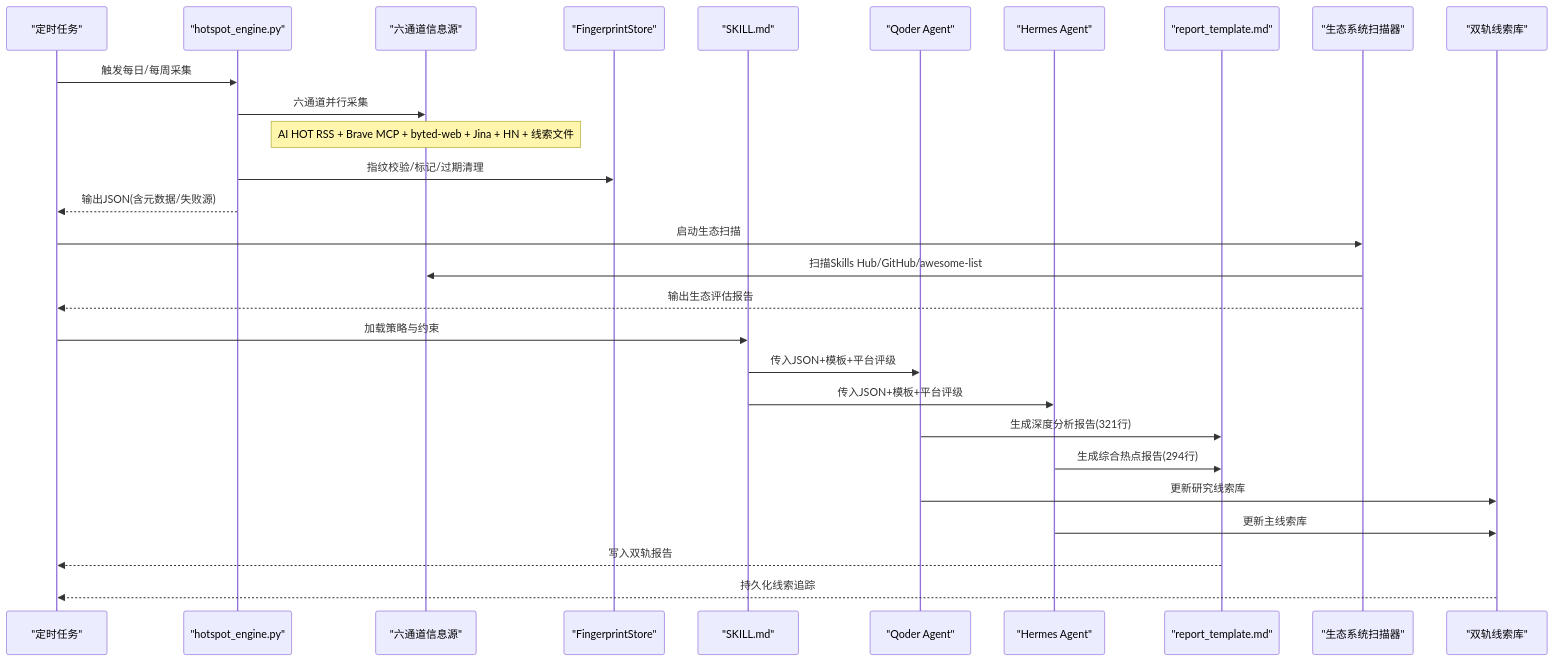
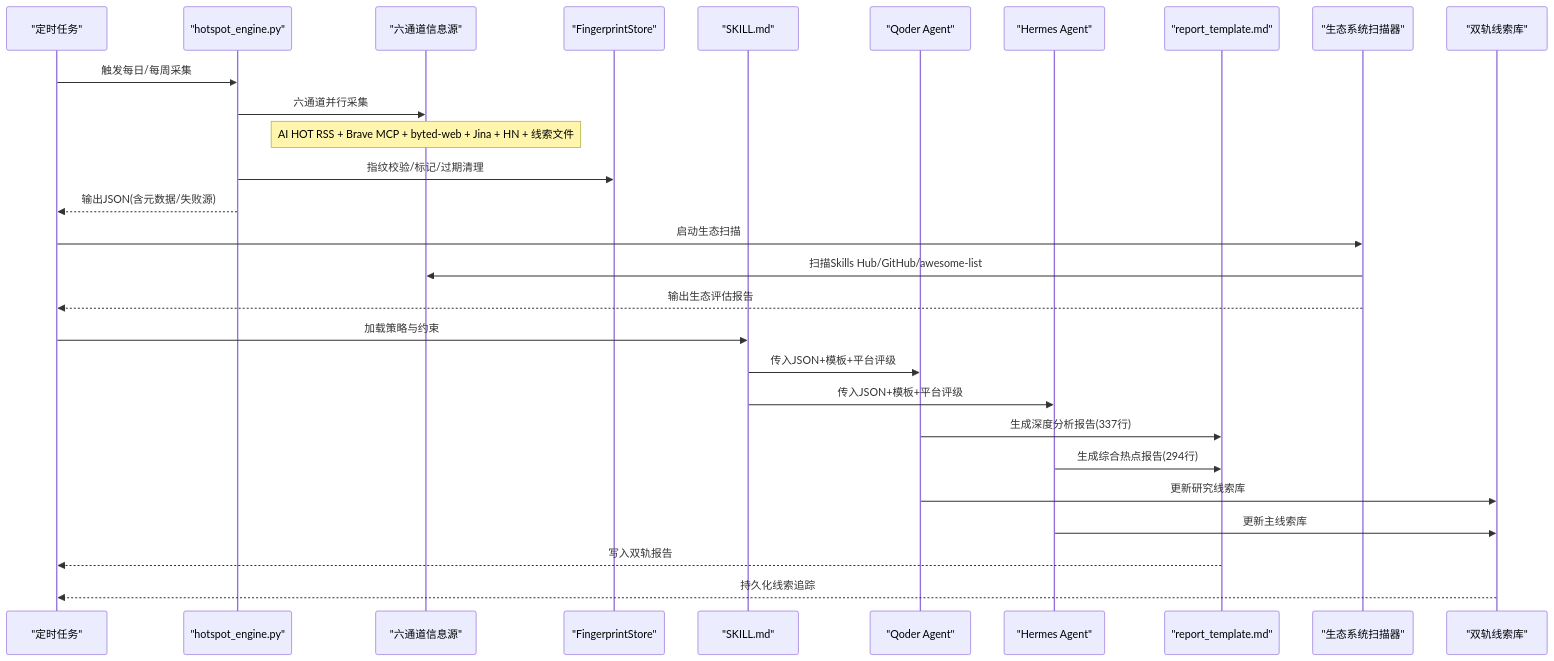
The second of 4 diagrams in .qoder/repowiki/zh/content/核心技能详解/Qoder Agent 每日热点报告系统.md (John198912/hermes_workspace), drawn with Mermaid before and after one commit. The commit also changed other lines of this file and 1 other file, not shown here.

````diff
--- a/.qoder/repowiki/zh/content/核心技能详解/Qoder Agent 每日热点报告系统.md
+++ b/.qoder/repowiki/zh/content/核心技能详解/Qoder Agent 每日热点报告系统.md
@@ -135,30 +136,30 @@
 ```mermaid
 sequenceDiagram
 participant Cron as "定时任务"
 participant Engine as "hotspot_engine.py"
 participant Sources as "六通道信息源"
 participant Store as "FingerprintStore"
 participant Skill as "SKILL.md"
 participant Qoder as "Qoder Agent"
 participant Hermes as "Hermes Agent"
 participant Report as "report_template.md"
 participant Scanner as "生态系统扫描器"
 participant Clues as "双轨线索库"
 Cron->>Engine : 触发每日/每周采集
 Engine->>Sources : 六通道并行采集
 Note over Sources : AI HOT RSS + Brave MCP + byted-web + Jina + HN + 线索文件
 Engine->>Store : 指纹校验/标记/过期清理
 Engine-->>Cron : 输出JSON(含元数据/失败源)
 Cron->>Scanner : 启动生态扫描
 Scanner->>Sources : 扫描Skills Hub/GitHub/awesome-list
 Scanner-->>Cron : 输出生态评估报告
 Cron->>Skill : 加载策略与约束
 Skill->>Qoder : 传入JSON+模板+平台评级
 Skill->>Hermes : 传入JSON+模板+平台评级
-Qoder->>Report : 生成深度分析报告(321行)
+Qoder->>Report : 生成深度分析报告(337行)
 Hermes->>Report : 生成综合热点报告(294行)
 Qoder->>Clues : 更新研究线索库
 Hermes->>Clues : 更新主线索库
 Report-->>Cron : 写入双轨报告
 Clues-->>Cron : 持久化线索追踪
 ```
````
